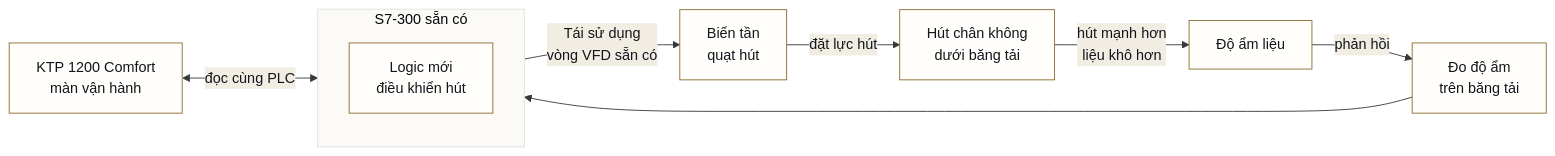
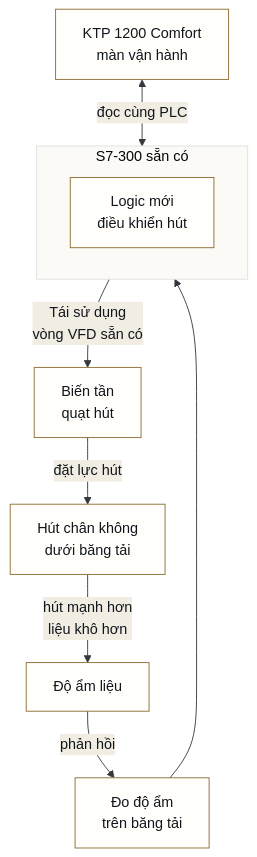
One commit to quangvo1302/quangvo1302.github.io changed the diagram in diagrams/humidity-control-system.mmd. Above: the diagram before and after it, drawn with Mermaid. The commit also changed 8 other files, not shown here.

Commit message:
Improve mobile diagram legibility

```diff
--- a/diagrams/humidity-control-system.mmd
+++ b/diagrams/humidity-control-system.mmd
@@ -1,20 +1,20 @@
 %%{init: {"theme": "base", "themeVariables": {"background": "transparent", "primaryColor": "#fffefb", "primaryTextColor": "#10161c", "primaryBorderColor": "#8a6a2f", "lineColor": "#33383d", "secondaryColor": "#f2ede3", "tertiaryColor": "#fbfaf7", "fontFamily": "Fira Sans, Inter, system-ui, sans-serif"}}}%%
-flowchart LR
+flowchart TB
   SENSOR["Đo độ ẩm<br/>trên băng tải"]
 
   subgraph PLC["S7-300 sẵn có"]
-    direction TB
+    direction LR
     LOGIC["Logic mới<br/>điều khiển hút"]
   end
 
   VFD["Biến tần<br/>quạt hút"]
   VAC["Hút chân không<br/>dưới băng tải"]
   MAT["Độ ẩm liệu"]
   HMI["KTP 1200 Comfort<br/>màn vận hành"]
 
   SENSOR --> LOGIC
   LOGIC -->|"Tái sử dụng<br/>vòng VFD sẵn có"| VFD
   VFD -->|"đặt lực hút"| VAC
   VAC -->|"hút mạnh hơn<br/>liệu khô hơn"| MAT
   MAT -->|"phản hồi"| SENSOR
   HMI <-->|"đọc cùng PLC"| LOGIC
```
